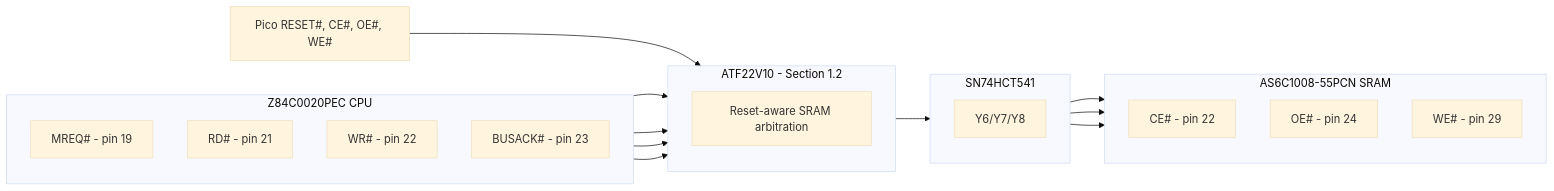
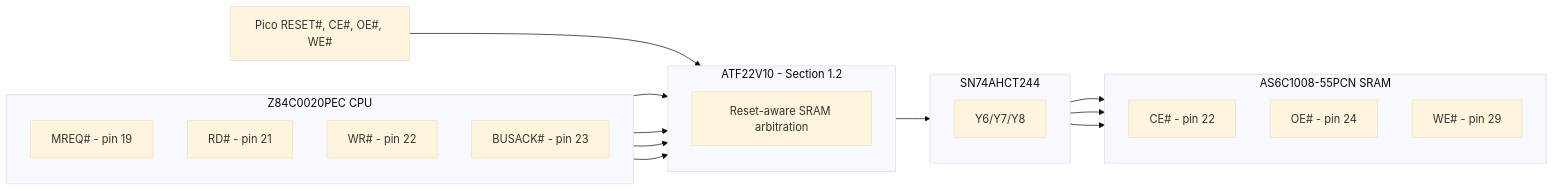
Before and after one commit to gloveboxes/Z80ROMlessSBC: the fourth of 9 diagrams in README.md, drawn with Mermaid (base theme). The commit also changed other lines of this file and 19 other files, not shown here.

First line of the commit message:
Refactor breadboard layout and schematic to replace SN74HCT541N with SN74AHCT244N

````diff
--- a/README.md
+++ b/README.md
@@ -609,33 +622,33 @@
 ```mermaid
 flowchart LR
   subgraph CPU[Z84C0020PEC CPU]
     direction TB
     MREQ["MREQ# - pin 19"]
     RD["RD# - pin 21"]
     WR["WR# - pin 22"]
     BUSACK["BUSACK# - pin 23"]
   end
   subgraph GAL["ATF22V10 - Section 1.2"]
     direction TB
     LOGIC["Reset-aware SRAM arbitration"]
   end
-  subgraph BUFFER["SN74HCT541"]
+  subgraph BUFFER["SN74AHCT244"]
     direction TB
     CTRL["Y6/Y7/Y8"]
   end
   subgraph SRAM[AS6C1008-55PCN SRAM]
     direction TB
     CE["CE# - pin 22"]
     OE["OE# - pin 24"]
     WE["WE# - pin 29"]
   end
   MREQ --> LOGIC
   RD --> LOGIC
   WR --> LOGIC
   BUSACK --> LOGIC
   PICO["Pico RESET#, CE#, OE#, WE#"] --> LOGIC
   LOGIC --> CTRL
   CTRL --> CE
   CTRL --> OE
   CTRL --> WE
 ```
````
